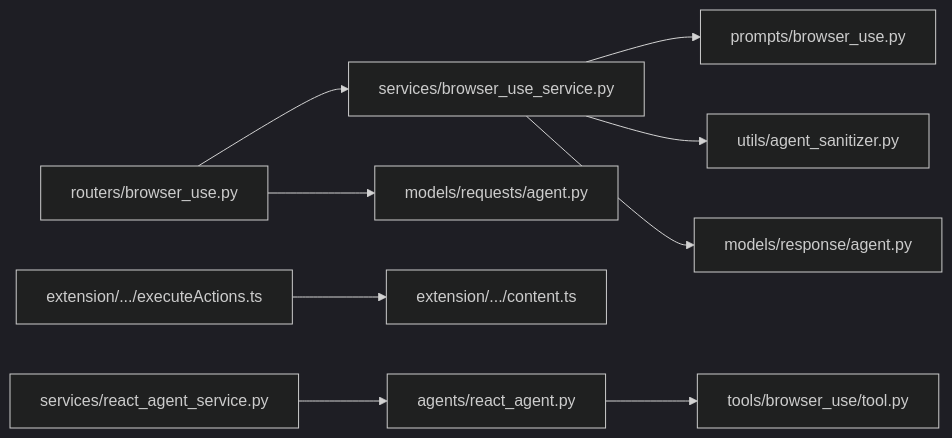
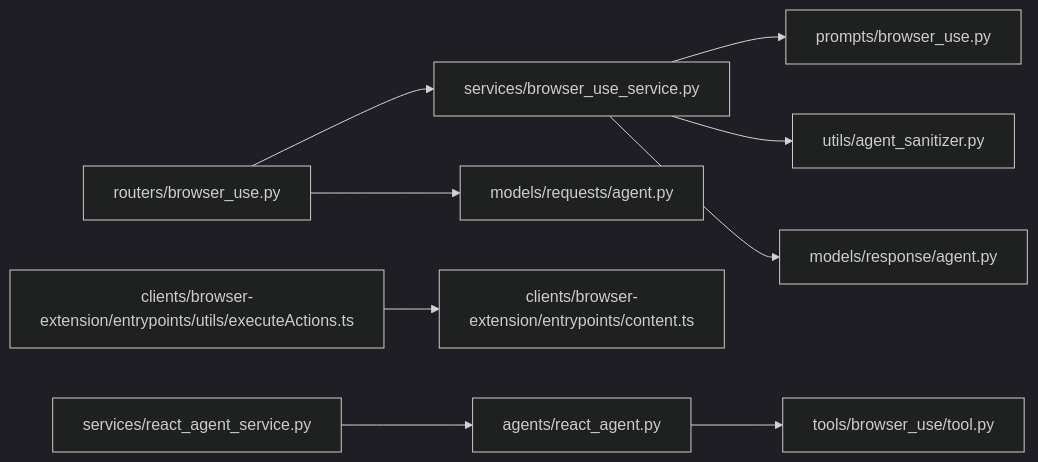
One commit to tashifkhan/tashif.codes changed the sixth of 6 diagrams in src/data/docs/agentic-browser/Browser Automation/Dynamic Script Generation.md. Above: the diagram before and after it, drawn with Mermaid (dark theme). The commit also changed other lines of this file and 2128 other files, not shown here.

First line of the commit message:
docs: replace raster diagram images with native Mermaid across project guides

````diff
--- a/src/data/docs/agentic-browser/Browser Automation/Dynamic Script Generation.md
+++ b/src/data/docs/agentic-browser/Browser Automation/Dynamic Script Generation.md
@@ -219,11 +219,11 @@
 ```mermaid
 graph LR
 Router["routers/browser_use.py"] --> Service["services/browser_use_service.py"]
 Service --> Prompt["prompts/browser_use.py"]
 Service --> Sanitizer["utils/agent_sanitizer.py"]
 Service --> Models["models/response/agent.py"]
 Router --> ModelsReq["models/requests/agent.py"]
-ExtExec["extension/.../executeActions.ts"] --> ExtContent["extension/.../content.ts"]
+ExtExec["clients/browser-extension/entrypoints/utils/executeActions.ts"] --> ExtContent["clients/browser-extension/entrypoints/content.ts"]
 AgentSvc["services/react_agent_service.py"] --> AgentGraph["agents/react_agent.py"]
 AgentGraph --> Tools["tools/browser_use/tool.py"]
 ```
````
